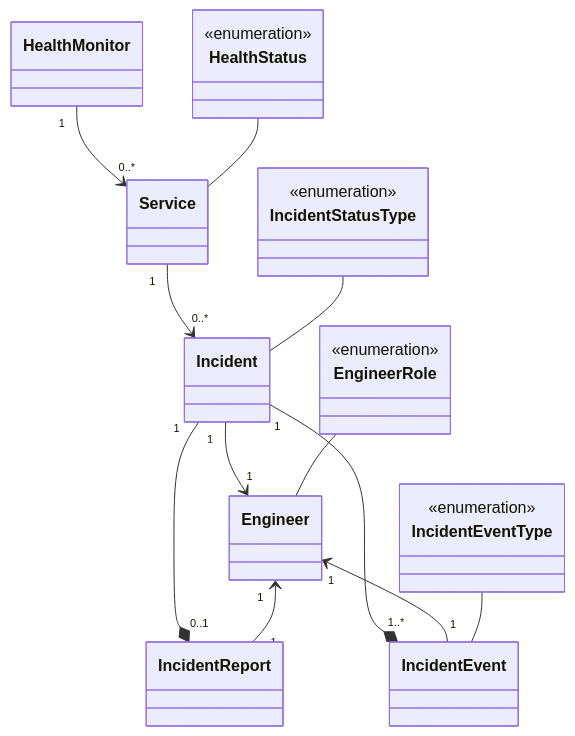
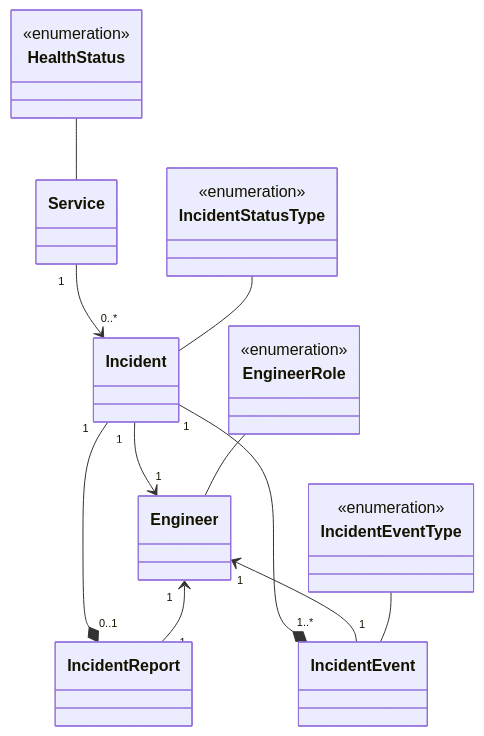
One commit to pchak00/incident-management changed the diagram in DomainModel.md. Above: the diagram before and after it, drawn with Mermaid.

Commit message:
updated model

````diff
--- a/DomainModel.md
+++ b/DomainModel.md
@@ -5,55 +5,50 @@
 ```mermaid
 classDiagram
     class Service {
         
     }
     
     class Engineer {
-        
-    }
-    
-    class HealthMonitor {
         
     }
     
     class Incident {
         
     }
     
     class IncidentReport {
         
     }
     
     class IncidentEvent {
         
     }
     
     class IncidentEventType {
         <<enumeration>>
     }
     
     class IncidentStatusType {
         <<enumeration>>
     }
         
     class EngineerRole {
         <<enumeration>>
     }
     
     class HealthStatus {
         <<enumeration>>
     }
     
     %% Relationships
-    HealthMonitor "1"-->"0..*" Service
     Service "1"-->"0..*" Incident
     Incident "1"--*"0..1" IncidentReport
     Incident "1"--*"1..*" IncidentEvent
     Incident "1"-->"1" Engineer
     Engineer "1"<--"1" IncidentEvent
     Engineer "1"<--"1" IncidentReport
     EngineerRole -- Engineer
     IncidentStatusType -- Incident
     HealthStatus -- Service
     IncidentEventType -- IncidentEvent
 ```
````
